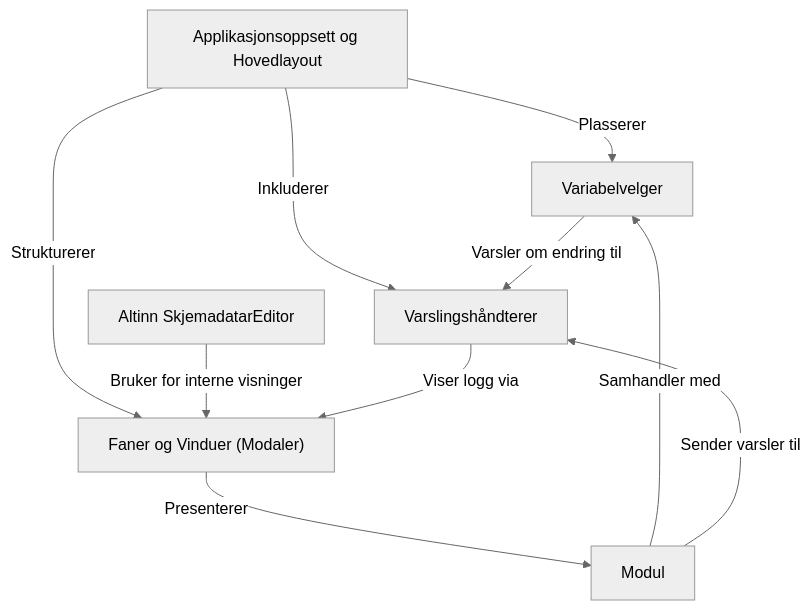
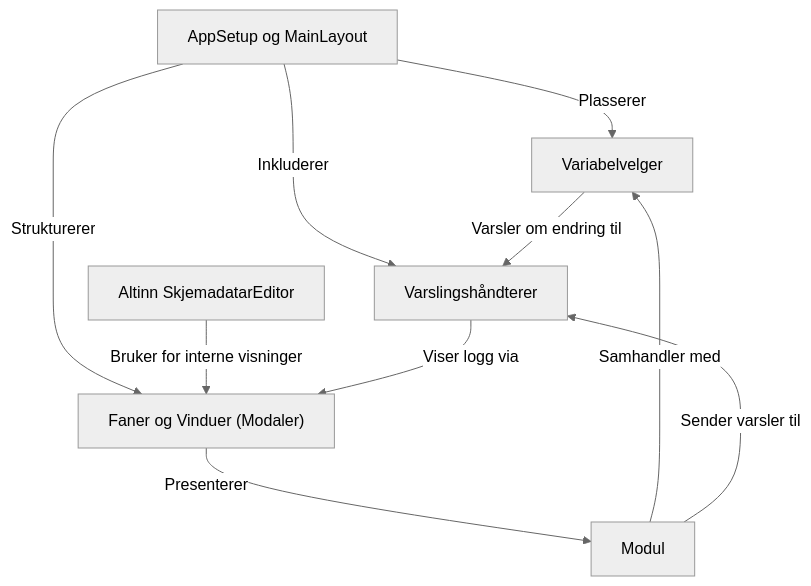
The diagram in docs/KI-doc/index.md (statisticsnorway/ssb-dash-framework), drawn with Mermaid (neutral theme) before and after one commit. The commit also changed other lines of this file, not shown here.

````diff
--- a/docs/KI-doc/index.md
+++ b/docs/KI-doc/index.md
@@ -8,24 +8,24 @@
 ```mermaid
 flowchart TD
     A0["Variabelvelger
 "]
     A1["Modul
 "]
-    A2["Applikasjonsoppsett og Hovedlayout
+    A2["AppSetup og MainLayout
 "]
     A3["Faner og Vinduer (Modaler)
 "]
     A4["Altinn SkjemadatarEditor
 "]
     A5["Varslingshåndterer
 "]
     A2 -- "Plasserer" --> A0
     A2 -- "Strukturerer" --> A3
     A2 -- "Inkluderer" --> A5
     A1 -- "Samhandler med" --> A0
     A0 -- "Varsler om endring til" --> A5
     A3 -- "Presenterer" --> A1
     A1 -- "Sender varsler til" --> A5
     A4 -- "Bruker for interne visninger" --> A3
     A5 -- "Viser logg via" --> A3
 ```
````
